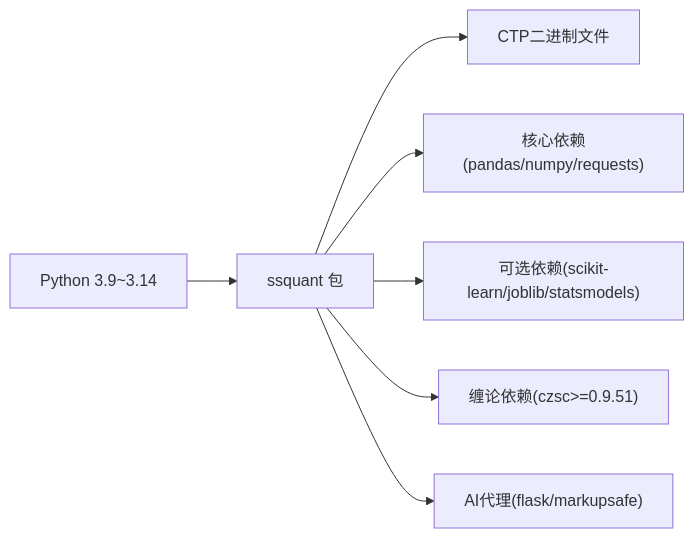
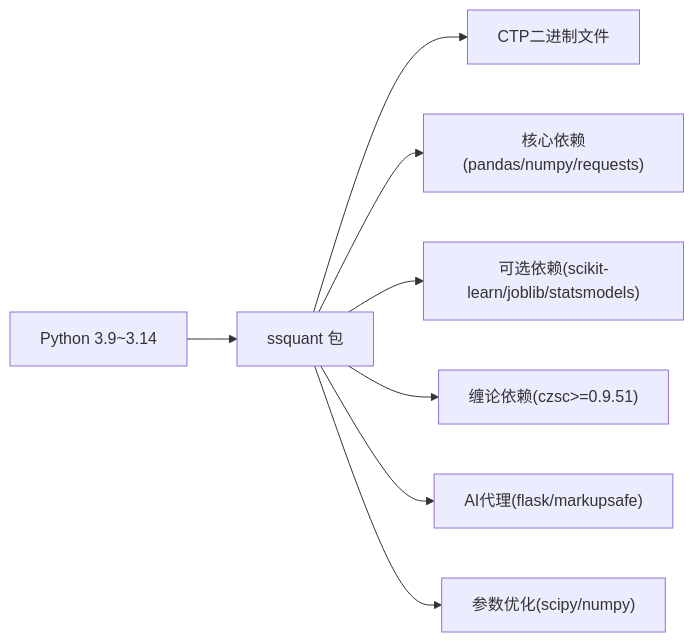
Before and after one commit to maxtwoon/ssquant: the sixth of 6 diagrams in .qoder/repowiki/zh/content/用户手册.md, drawn with Mermaid. The commit also changed other lines of this file and 21 other files, not shown here.

````diff
--- a/.qoder/repowiki/zh/content/用户手册.md
+++ b/.qoder/repowiki/zh/content/用户手册.md
@@ -526,9 +552,10 @@
 ```mermaid
 graph LR
 P["Python 3.9~3.14"] --> S["ssquant 包"]
 S --> CTP["CTP二进制文件"]
 S --> CORE["核心依赖(pandas/numpy/requests)"]
 S --> ML["可选依赖(scikit-learn/joblib/statsmodels)"]
 S --> CZSC["缠论依赖(czsc>=0.9.51)"]
 S --> FLASK["AI代理(flask/markupsafe)"]
+S --> OPT["参数优化(scipy/numpy)"]
 ```
````
